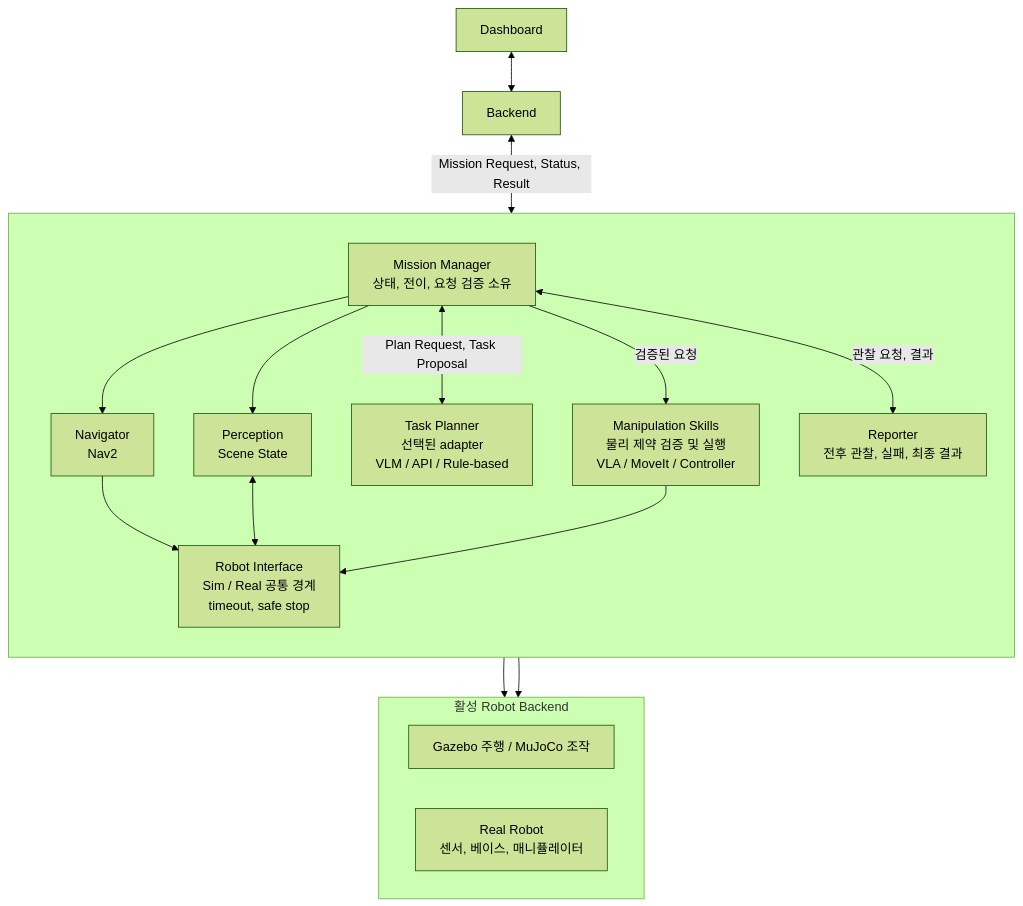
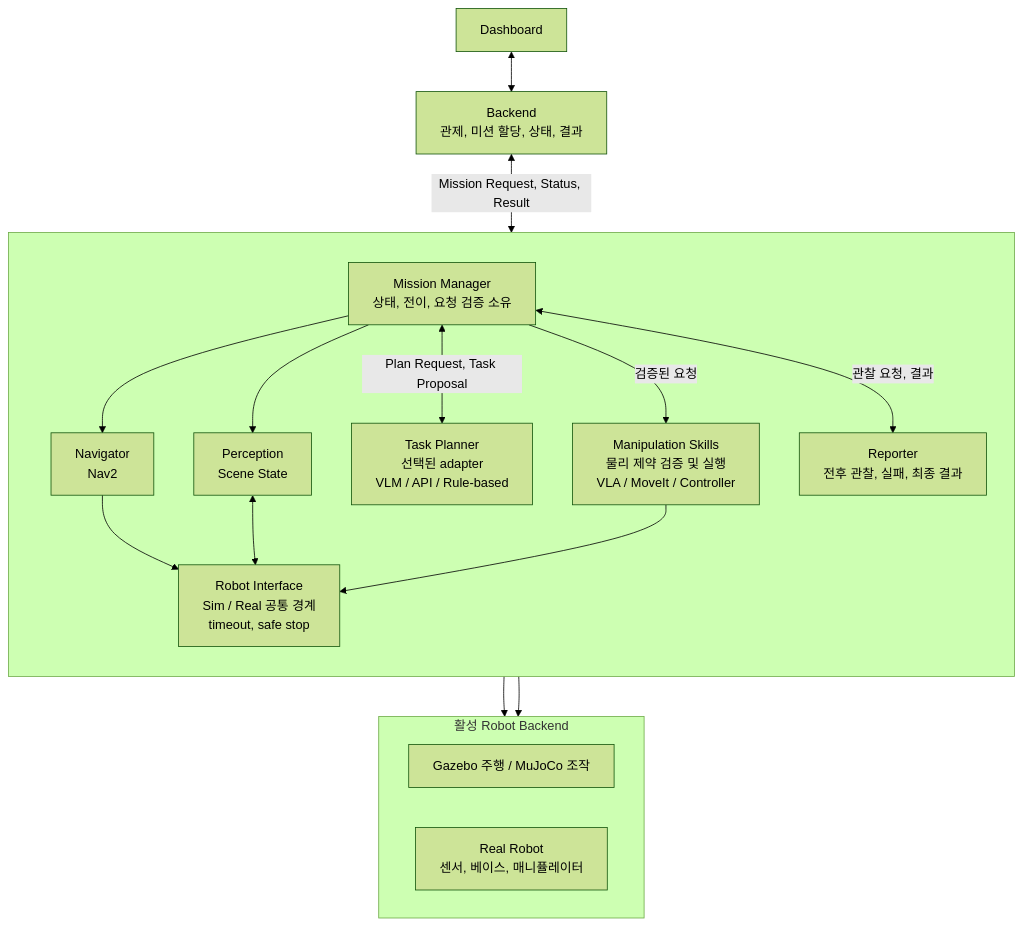
Before and after one commit to asm17-moving-agent/cleany-docs: the diagram in 20_TECHNICAL/00 - Technical Overview.md, drawn with Mermaid (forest theme). The commit also changed other lines of this file and 6 other files, not shown here.

````diff
--- a/20_TECHNICAL/00 - Technical Overview.md
+++ b/20_TECHNICAL/00 - Technical Overview.md
@@ -14,36 +14,36 @@
 ```mermaid
 flowchart TB
     dashboard["Dashboard"]
-    backend["Backend"]
+    backend["Backend<br/>관제, 미션 할당, 상태, 결과"]
 
     subgraph runtime[" "]
         direction TB
         mission["Mission Manager<br/>상태, 전이, 요청 검증 소유"]
         navigator["Navigator<br/>Nav2"]
         perception["Perception<br/>Scene State"]
         planner["Task Planner<br/>선택된 adapter<br/>VLM / API / Rule-based"]
         skills["Manipulation Skills<br/>물리 제약 검증 및 실행<br/>VLA / MoveIt / Controller"]
         reporter["Reporter<br/>전후 관찰, 실패, 최종 결과"]
         interface["Robot Interface<br/>Sim / Real 공통 경계<br/>timeout, safe stop"]
     end
 
     subgraph backend_impl["활성 Robot Backend"]
         direction LR
         simulation["Gazebo 주행 / MuJoCo 조작"]
         real["Real Robot<br/>센서, 베이스, 매니퓰레이터"]
     end
 
     dashboard <--> backend
     backend <-->|Mission Request, Status, Result| mission
     mission --> navigator
     mission --> perception
     mission <-->|Plan Request, Task Proposal| planner
     mission -->|검증된 요청| skills
     mission <-->|관찰 요청, 결과| reporter
     navigator --> interface
     perception <--> interface
     skills --> interface
     interface --> simulation
     interface --> real
 
 ```
````
